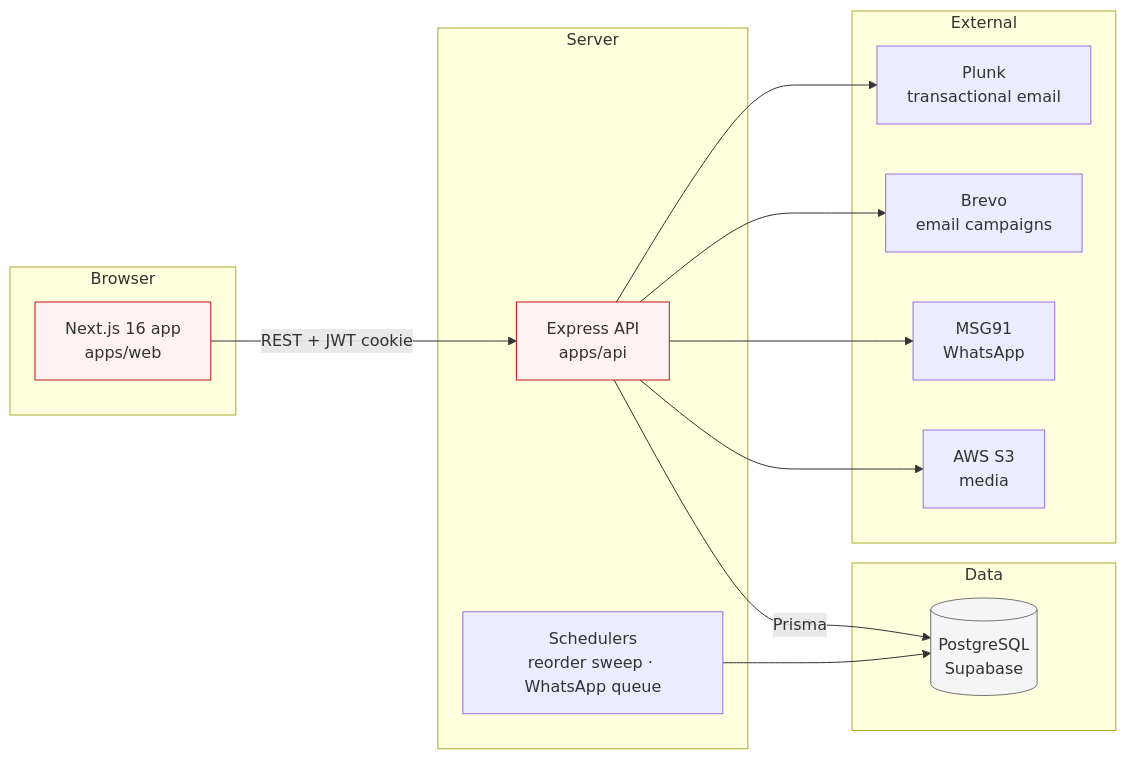
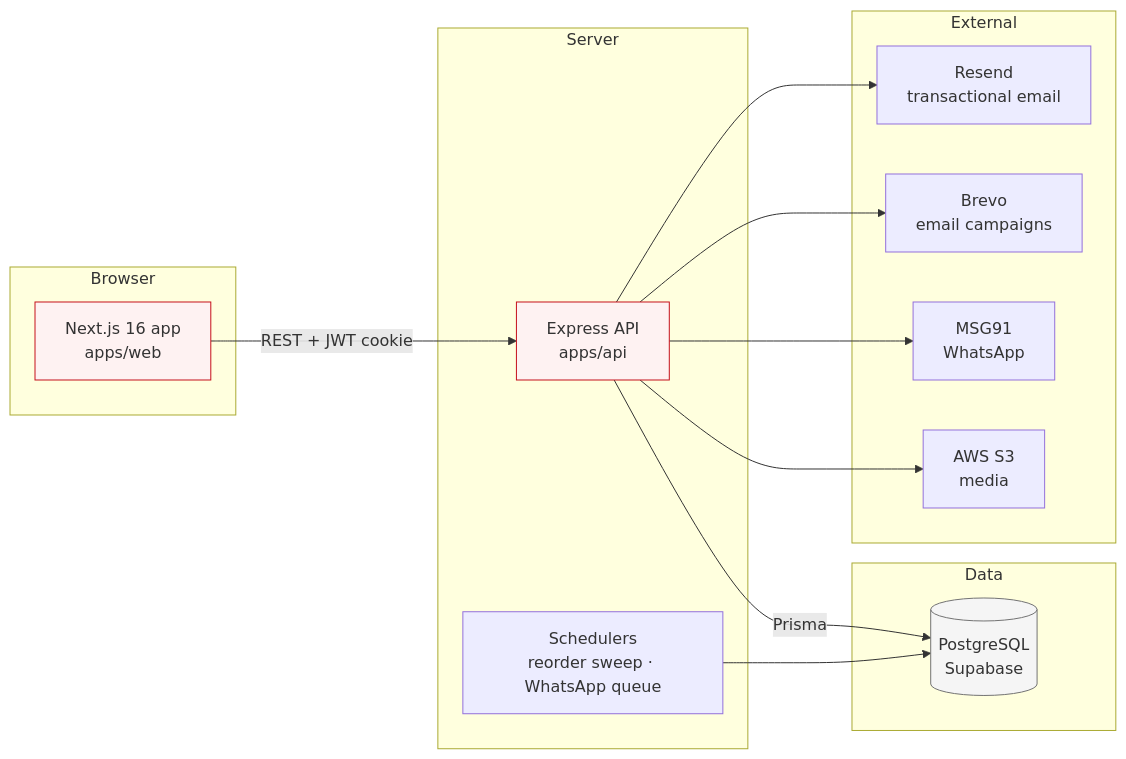
The first of 11 diagrams in docs/ARCHITECTURE.md (akashdewanganIG/ralli-wolf), drawn with Mermaid before and after one commit. The commit also changed other lines of this file and 55 other files, not shown here.

````diff
--- a/docs/ARCHITECTURE.md
+++ b/docs/ARCHITECTURE.md
@@ -34,34 +34,34 @@
 ```mermaid
 flowchart LR
     subgraph Browser
         WEB["Next.js 16 app<br/>apps/web"]
     end
 
     subgraph Server
         API["Express API<br/>apps/api"]
         JOBS["Schedulers<br/>reorder sweep · WhatsApp queue"]
     end
 
     subgraph Data
         PG[("PostgreSQL<br/>Supabase")]
     end
 
     subgraph External
-        PLUNK["Plunk<br/>transactional email"]
+        RESEND["Resend<br/>transactional email"]
         BREVO["Brevo<br/>email campaigns"]
         MSG91["MSG91<br/>WhatsApp"]
         S3["AWS S3<br/>media"]
     end
 
     WEB -->|"REST + JWT cookie"| API
     API -->|"Prisma"| PG
     JOBS --> PG
-    API --> PLUNK
+    API --> RESEND
     API --> BREVO
     API --> MSG91
     API --> S3
 
     style WEB fill:#fef2f2,stroke:#c5101b
     style API fill:#fef2f2,stroke:#c5101b
     style PG fill:#f5f5f5,stroke:#737373
 ```
````
